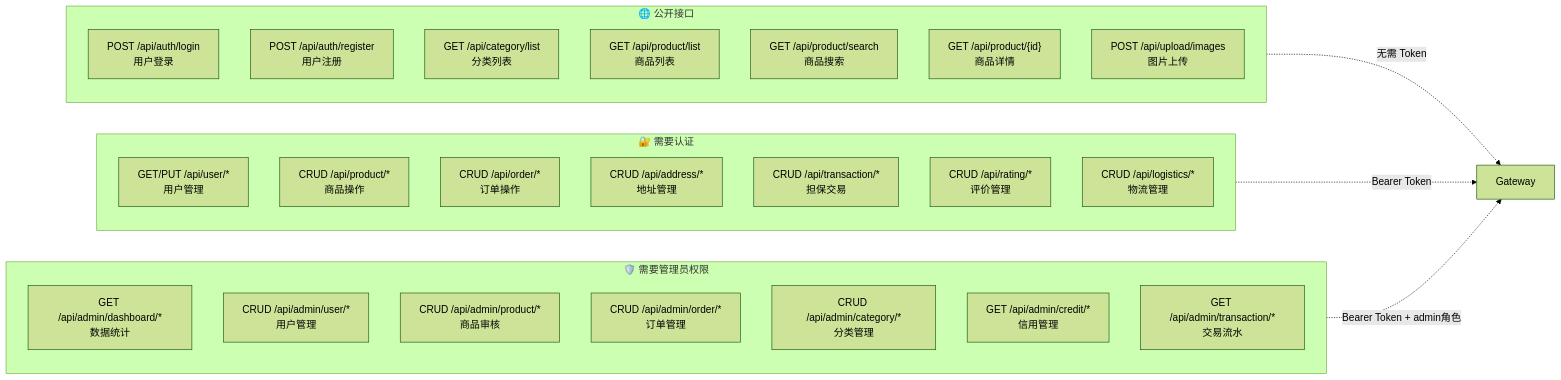
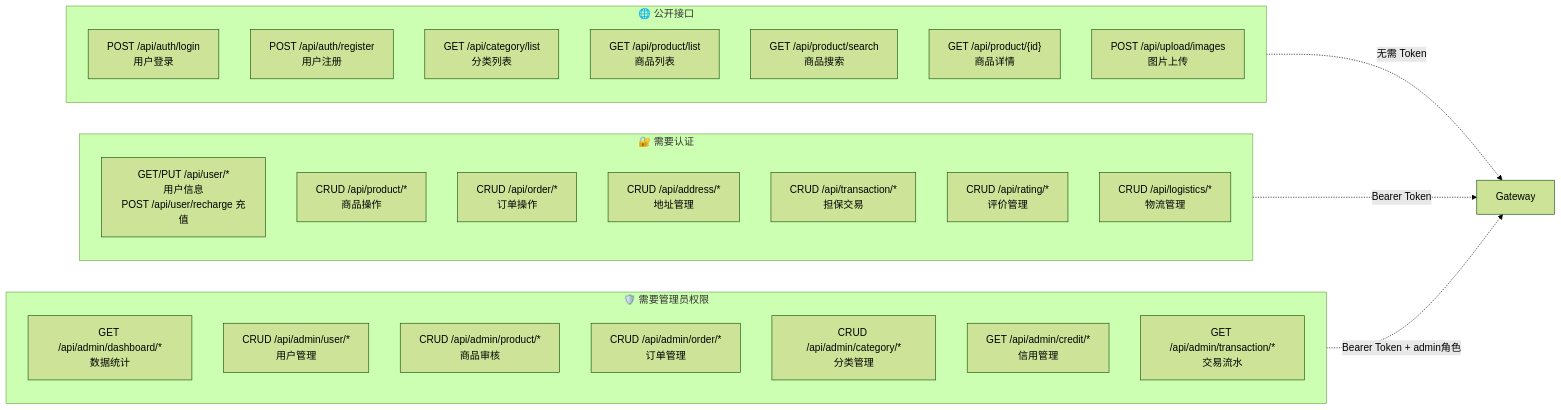
One commit to Shen-coderhorse/xiantao changed the tenth of 11 diagrams in README.md. Above: the diagram before and after it, drawn with Mermaid (forest theme). The commit also changed other lines of this file and 71 other files, not shown here.

````diff
--- a/README.md
+++ b/README.md
@@ -542,36 +554,36 @@
 ```mermaid
 graph LR
     subgraph Public["🌐 公开接口"]
         P1["POST /api/auth/login<br/>用户登录"]
         P2["POST /api/auth/register<br/>用户注册"]
         P3["GET /api/category/list<br/>分类列表"]
         P4["GET /api/product/list<br/>商品列表"]
         P5["GET /api/product/search<br/>商品搜索"]
         P6["GET /api/product/{id}<br/>商品详情"]
         P7["POST /api/upload/images<br/>图片上传"]
     end
 
     subgraph Auth["🔐 需要认证"]
-        A1["GET/PUT /api/user/*<br/>用户管理"]
+        A1["GET/PUT /api/user/*<br/>用户信息<br/>POST /api/user/recharge 充值"]
         A2["CRUD /api/product/*<br/>商品操作"]
         A3["CRUD /api/order/*<br/>订单操作"]
         A4["CRUD /api/address/*<br/>地址管理"]
         A5["CRUD /api/transaction/*<br/>担保交易"]
         A6["CRUD /api/rating/*<br/>评价管理"]
         A7["CRUD /api/logistics/*<br/>物流管理"]
     end
 
     subgraph Admin["🛡️ 需要管理员权限"]
         M1["GET /api/admin/dashboard/*<br/>数据统计"]
         M2["CRUD /api/admin/user/*<br/>用户管理"]
         M3["CRUD /api/admin/product/*<br/>商品审核"]
         M4["CRUD /api/admin/order/*<br/>订单管理"]
         M5["CRUD /api/admin/category/*<br/>分类管理"]
         M6["GET /api/admin/credit/*<br/>信用管理"]
         M7["GET /api/admin/transaction/*<br/>交易流水"]
     end
 
     Public -.->|无需 Token| Gateway
     Auth -.->|Bearer Token| Gateway
     Admin -.->|Bearer Token + admin角色| Gateway
 ```
````
